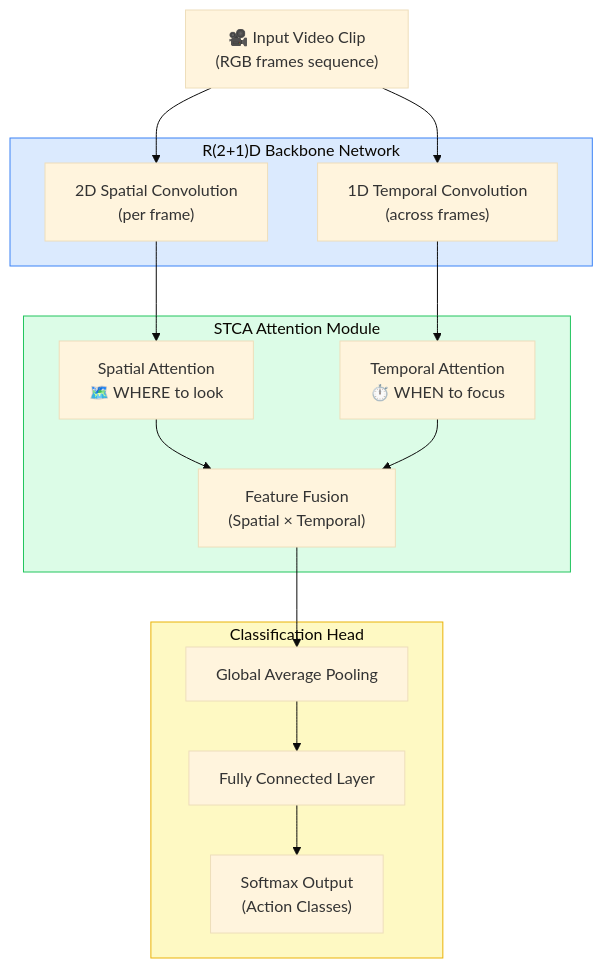
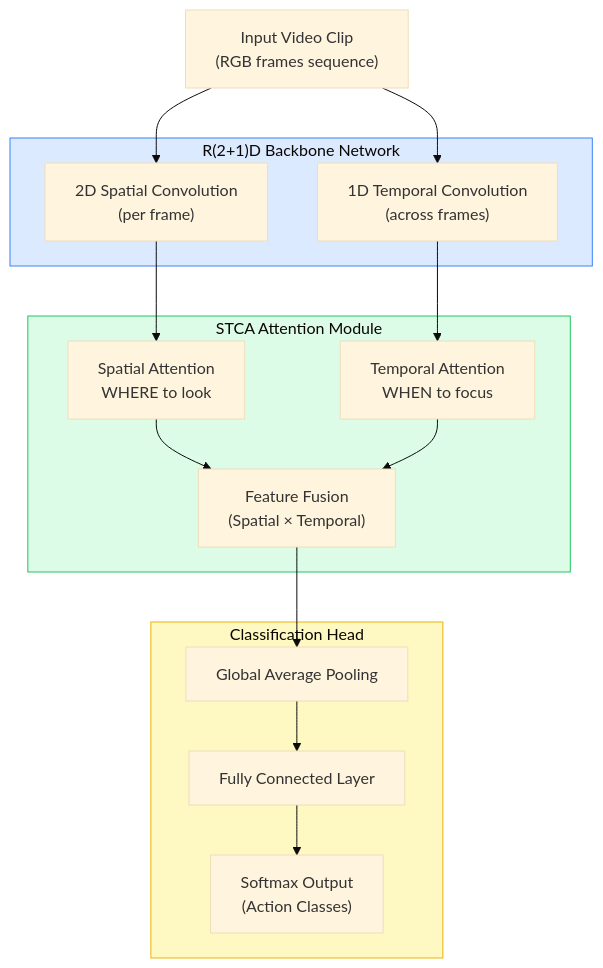
The second of 7 diagrams in STCA_Net_System_Overview_Diagrams.md (Ramanakumarreddy/STCA-Net-Project), drawn with Mermaid (base theme) before and after one commit. The commit also changed other lines of this file, not shown here.

Commit message:
Updated system overview diagrams

````diff
--- a/STCA_Net_System_Overview_Diagrams.md
+++ b/STCA_Net_System_Overview_Diagrams.md
@@ -72,35 +72,35 @@
 ```mermaid
 flowchart TD
-    A["🎥 Input Video Clip\n(RGB frames sequence)"]
+    A[" Input Video Clip\n(RGB frames sequence)"]
 
     subgraph Backbone["R(2+1)D Backbone Network"]
         B["2D Spatial Convolution\n(per frame)"]
         C["1D Temporal Convolution\n(across frames)"]
     end
 
     subgraph STCA_Module["STCA Attention Module"]
-        D["Spatial Attention\n🗺️ WHERE to look"]
-        E["Temporal Attention\n⏱️ WHEN to focus"]
+        D["Spatial Attention\n WHERE to look"]
+        E["Temporal Attention\n WHEN to focus"]
         F["Feature Fusion\n(Spatial × Temporal)"]
     end
 
     subgraph Classifier["Classification Head"]
         G["Global Average Pooling"]
         H["Fully Connected Layer"]
         I["Softmax Output\n(Action Classes)"]
     end
 
     A --> B
     A --> C
     B --> D
     C --> E
     D --> F
     E --> F
     F --> G
     G --> H
     H --> I
 
     style Backbone fill:#dbeafe,stroke:#3b82f6
     style STCA_Module fill:#dcfce7,stroke:#22c55e
     style Classifier fill:#fef9c3,stroke:#eab308
 ```
````
